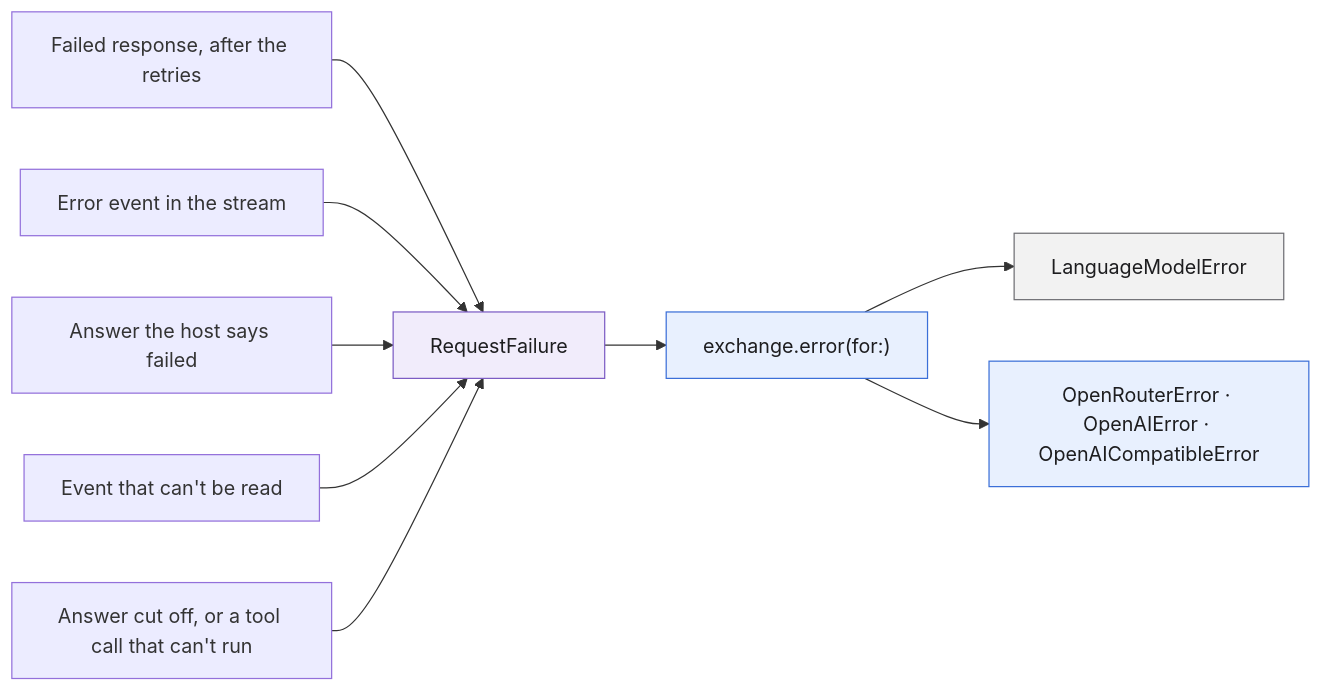
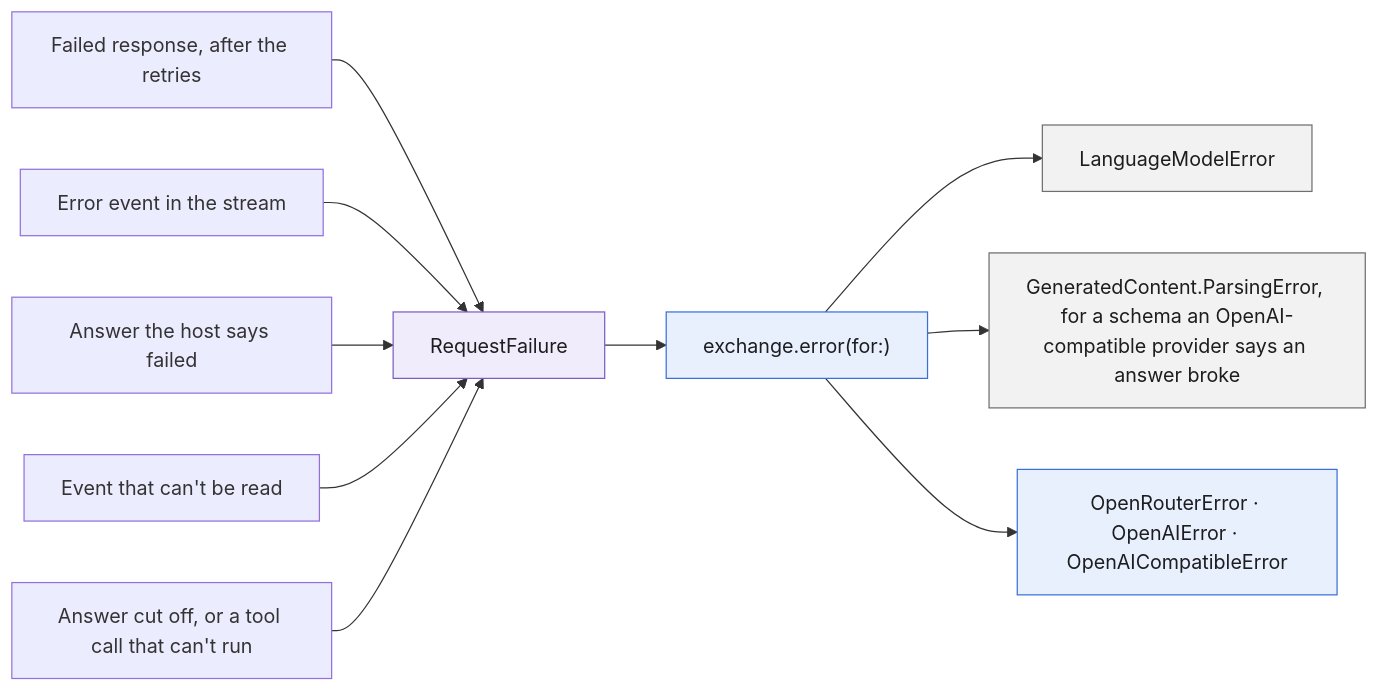
One commit to ironsparrows/swift-language-models changed the fourth of 6 diagrams in ARCHITECTURE.md. Above: the diagram before and after it, drawn with Mermaid. The commit also changed other lines of this file and 18 other files, not shown here.

````diff
--- a/ARCHITECTURE.md
+++ b/ARCHITECTURE.md
@@ -239,15 +239,16 @@
 ```mermaid
 flowchart LR
     rejected["Failed response, after the retries"] --> failure
     event["Error event in the stream"] --> failure
     failed["Answer the host says failed"] --> failure
     unreadable["Event that can't be read"] --> failure
     unusable["Answer cut off, or a tool call that can't run"] --> failure
     failure["RequestFailure"]:::package --> map["exchange.error(for:)"]:::provider
     map --> foundation["LanguageModelError"]:::apple
+    map --> parsing["GeneratedContent.ParsingError, for a schema an OpenAI-compatible provider says an answer broke"]:::apple
     map --> own["OpenRouterError · OpenAIError · OpenAICompatibleError"]:::provider
 
     classDef package fill:#f1ecfb,stroke:#7c5cc4,color:#1d1d1f
     classDef provider fill:#e8f0fe,stroke:#3b6fd8,color:#1d1d1f
     classDef apple fill:#f2f2f2,stroke:#6e6e73,color:#1d1d1f
 ```
````
